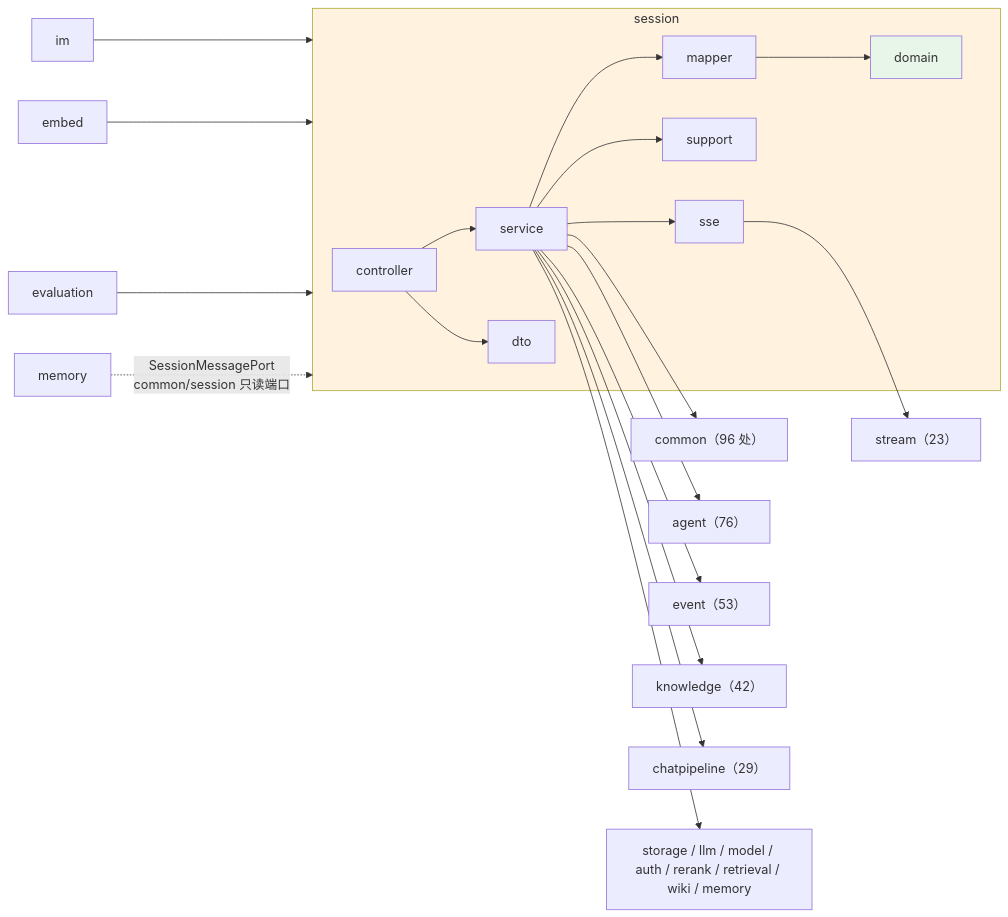
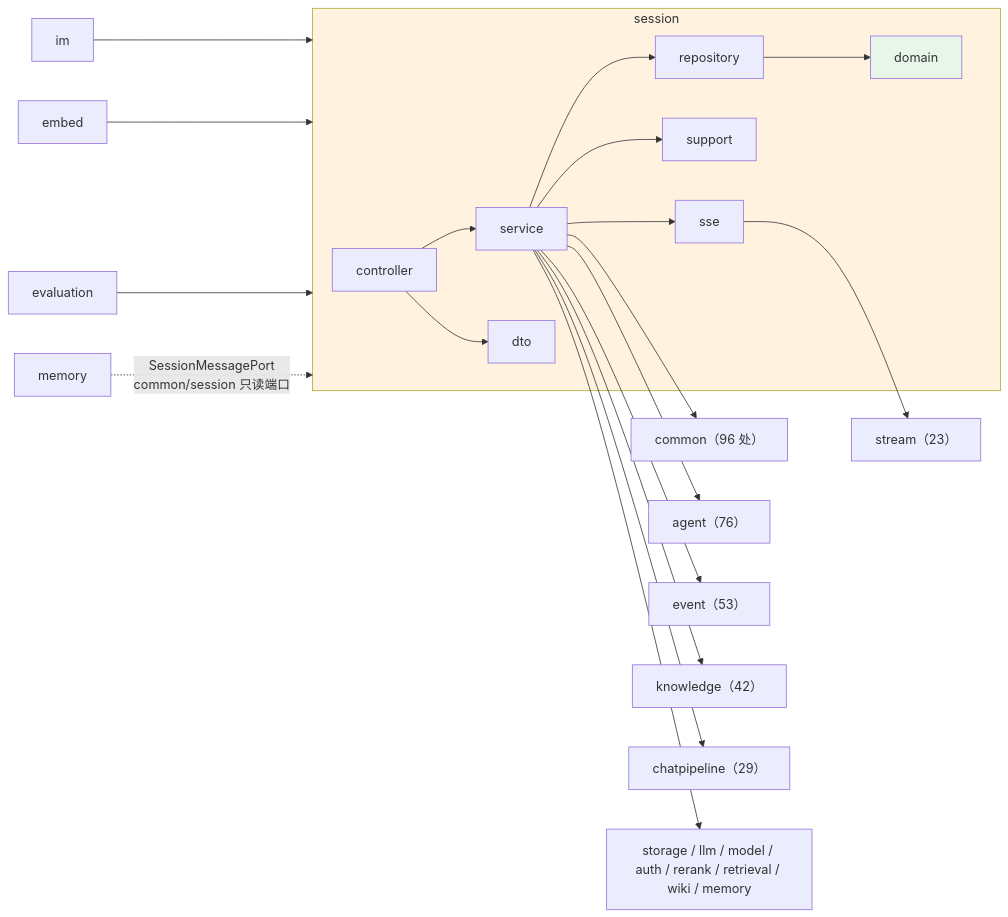
Before and after one commit to pmbilly/ragagent: the second of 7 diagrams in docs/session-module-guide.md, drawn with Mermaid. The commit also changed other lines of this file and 80 other files, not shown here.

````diff
--- a/docs/session-module-guide.md
+++ b/docs/session-module-guide.md
@@ -97,27 +98,27 @@
 ```mermaid
 graph LR
     IM["im"] --> S
     EMB["embed"] --> S
     EVAL["evaluation"] --> S
     MEM["memory"] -. "SessionMessagePort<br/>common/session 只读端口" .-> S
 
     subgraph S["session"]
         CTRL["controller"] --> SVC["service"]
         SVC --> SSE["sse"]
         SVC --> SUP["support"]
         CTRL --> DTO["dto"]
-        SVC --> REPO["mapper"]
+        SVC --> REPO["repository"]
         REPO --> DOM["domain"]
     end
 
     SVC --> COMMON["common（96 处）"]
     SVC --> AG["agent（76）"]
     SVC --> EV["event（53）"]
     SVC --> KN["knowledge（42）"]
     SVC --> CP["chatpipeline（29）"]
     SSE --> STM["stream（23）"]
     SVC --> STO["storage / llm / model / auth / rerank / retrieval / wiki / memory"]
 
     style S fill:#fff3e0
     style DOM fill:#e8f5e9
 ```
````
